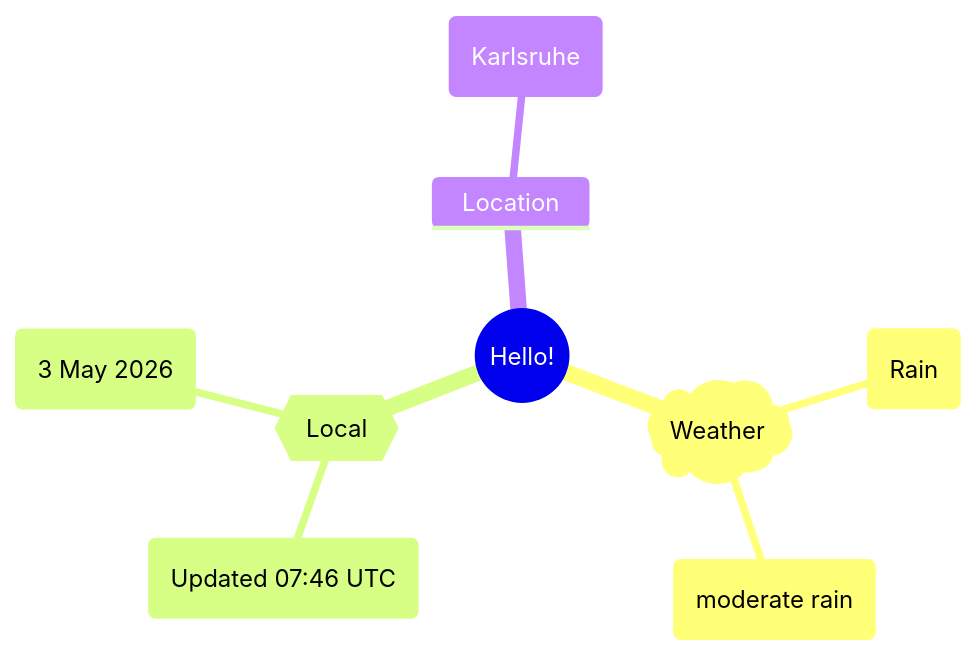
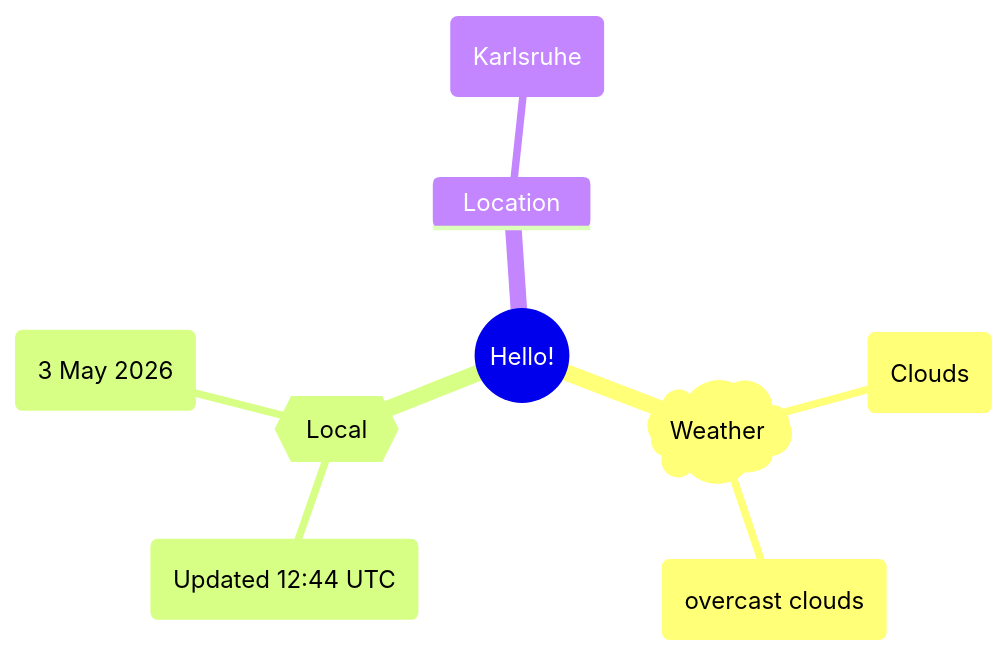
Before and after one commit to Xosrov/Xosrov: the first of 2 diagrams in README.md, drawn with Mermaid.

Commit message:
[bot] updated images

````diff
--- a/README.md
+++ b/README.md
@@ -3,12 +3,12 @@
 ```mermaid
 mindmap
   root((Hello!))
     )Weather(
-        (Rain)
-        (moderate rain)
+        (Clouds)
+        (overcast clouds)
     {{Local}}
-        (Updated 07:46 UTC)
+        (Updated 12:44 UTC)
         (3 May 2026)
     Location
         (Karlsruhe)
 ```
````
